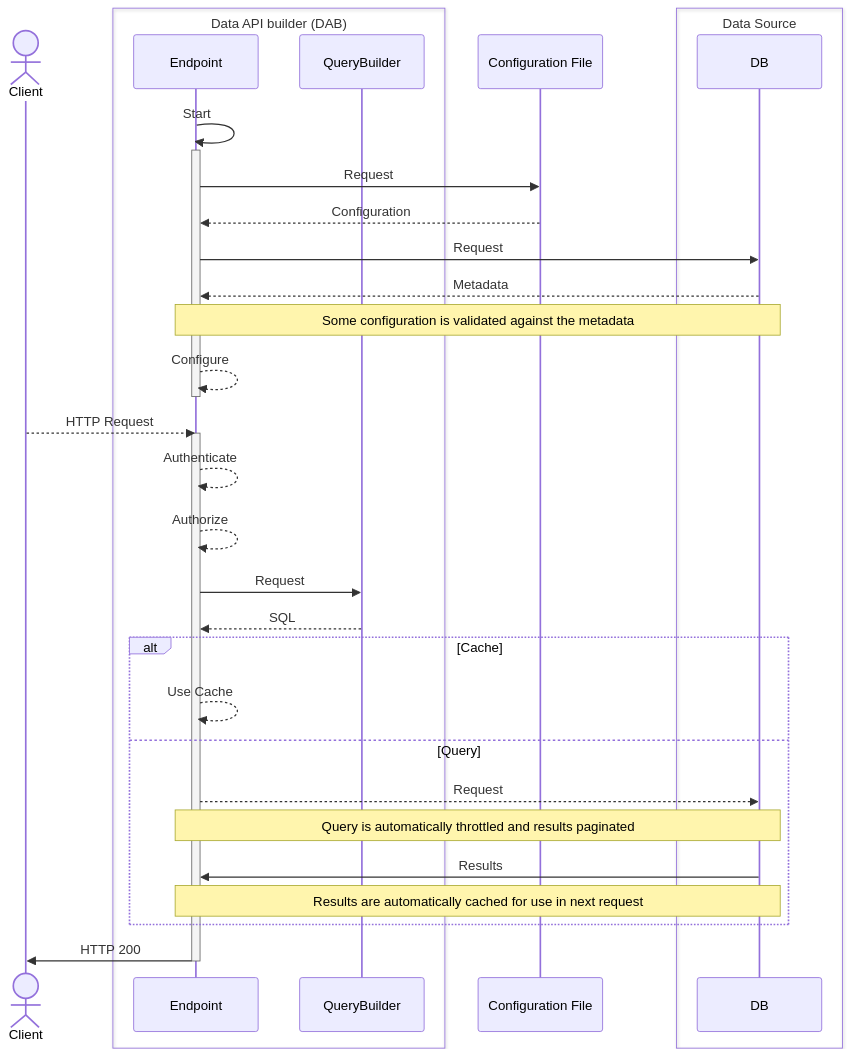
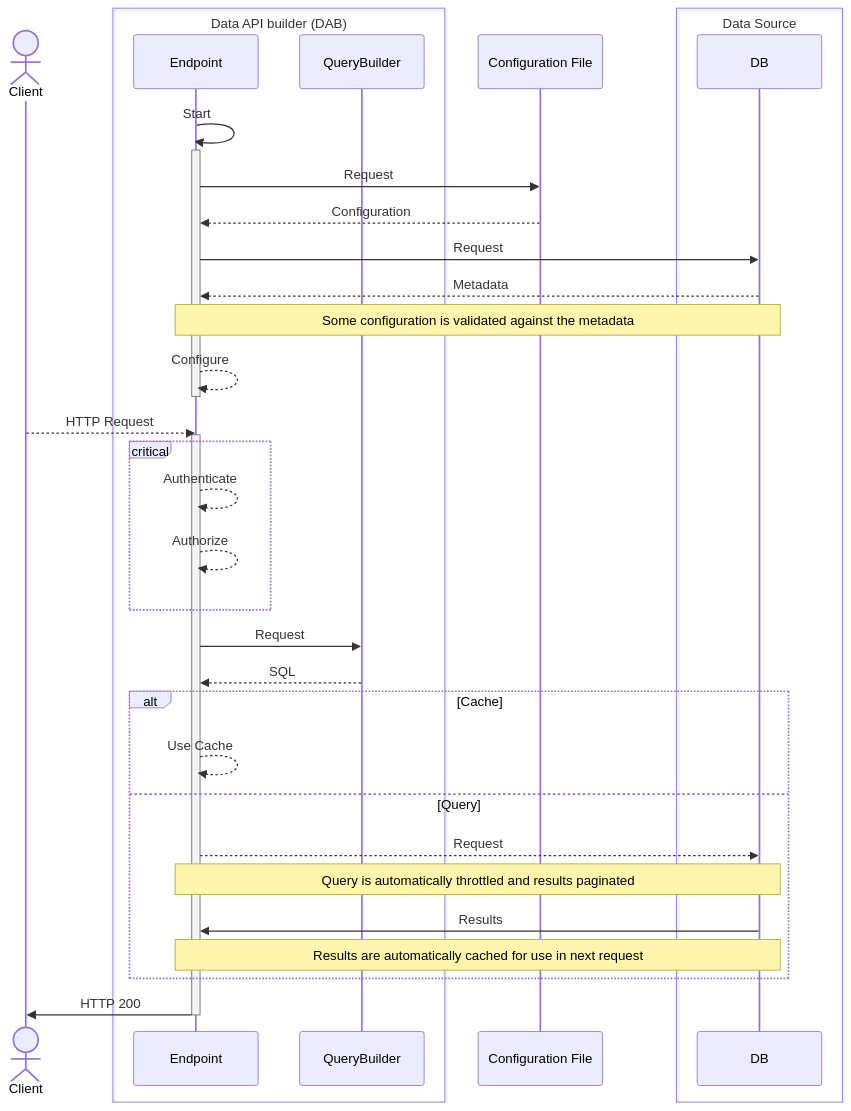
Before and after one commit to Azure/data-api-builder: the second of 2 diagrams in README.md, drawn with Mermaid.

Commit message:
Updated sequence

````diff
--- a/README.md
+++ b/README.md
@@ -137,41 +137,43 @@
 ```mermaid
 sequenceDiagram
     actor Client
 
     box Data API builder (DAB)
         participant Endpoint
         participant QueryBuilder
     end
 
     participant Configuration as Configuration File
 
     box Data Source
         participant DB
     end
 
     Endpoint->>Endpoint: Start
     activate Endpoint
         Endpoint->>Configuration: Request
         Configuration-->>Endpoint: Configuration
         Endpoint->>DB: Request
         DB-->>Endpoint: Metadata
             Note over Endpoint, DB: Some configuration is validated against the metadata
         Endpoint-->>Endpoint: Configure
     deactivate Endpoint
     Client-->>Endpoint: HTTP Request
     activate Endpoint
+        critical
         Endpoint-->>Endpoint: Authenticate
         Endpoint-->>Endpoint: Authorize
+        end
         Endpoint->>QueryBuilder: Request
         QueryBuilder-->>Endpoint: SQL
         alt Cache
             Endpoint-->>Endpoint: Use Cache
         else Query
             Endpoint-->>DB: Request
             Note over Endpoint, DB: Query is automatically throttled and results paginated
             DB->>Endpoint: Results
             Note over Endpoint, DB: Results are automatically cached for use in next request
         end
         Endpoint->>Client: HTTP 200
     deactivate Endpoint
 ```
````
